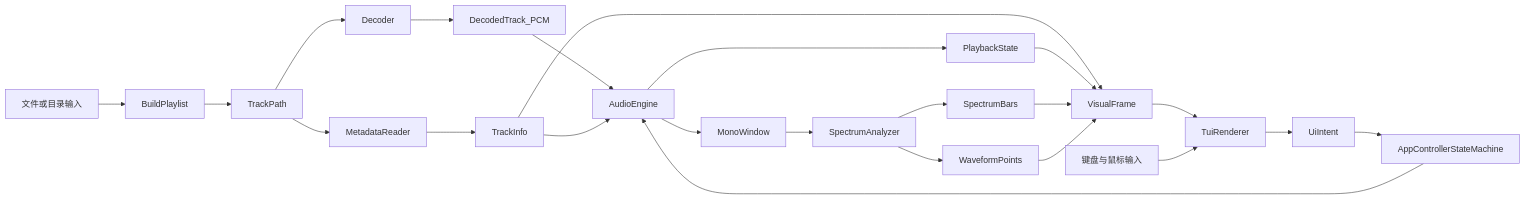
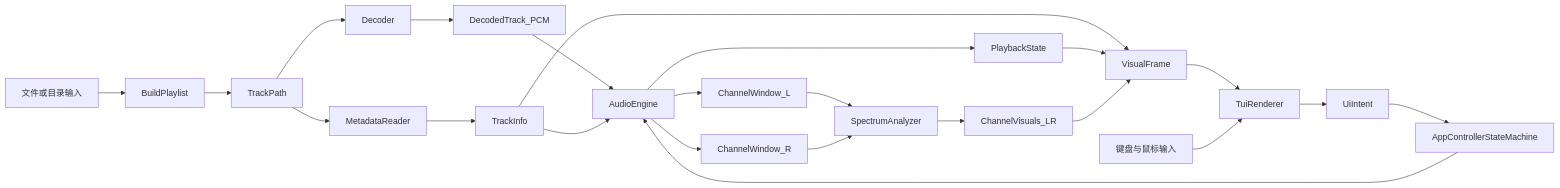
The fourth of 4 diagrams in docs/dev/architecture_zh-CN.md (virtualguard101/vocalplayer), drawn with Mermaid before and after one commit. The commit also changed other lines of this file and 14 other files, not shown here.

````diff
--- a/docs/dev/architecture_zh-CN.md
+++ b/docs/dev/architecture_zh-CN.md
@@ -175,25 +178,25 @@
 ```mermaid
 flowchart LR
   fileInput[文件或目录输入] --> playlistBuilder[BuildPlaylist]
   playlistBuilder --> trackPath[TrackPath]
   trackPath --> decoder[Decoder]
   decoder --> decodedTrack[DecodedTrack_PCM]
   trackPath --> metadataReader[MetadataReader]
   metadataReader --> trackInfo[TrackInfo]
   decodedTrack --> audioEngine[AudioEngine]
   trackInfo --> audioEngine
-  audioEngine --> monoWindow[MonoWindow]
-  monoWindow --> spectrumAnalyzer[SpectrumAnalyzer]
-  spectrumAnalyzer --> spectrumBars[SpectrumBars]
-  spectrumAnalyzer --> waveformPoints[WaveformPoints]
+  audioEngine --> channelWindowL[ChannelWindow_L]
+  audioEngine --> channelWindowR[ChannelWindow_R]
+  channelWindowL --> spectrumAnalyzer[SpectrumAnalyzer]
+  channelWindowR --> spectrumAnalyzer
+  spectrumAnalyzer --> channelVisuals[ChannelVisuals_LR]
   audioEngine --> playbackState[PlaybackState]
   trackInfo --> visualFrame[VisualFrame]
   playbackState --> visualFrame
-  spectrumBars --> visualFrame
-  waveformPoints --> visualFrame
+  channelVisuals --> visualFrame
   visualFrame --> tuiRenderer[TuiRenderer]
   userInput[键盘与鼠标输入] --> tuiRenderer
   tuiRenderer --> uiIntent[UiIntent]
   uiIntent --> appController[AppControllerStateMachine]
   appController --> audioEngine
 ```
````
